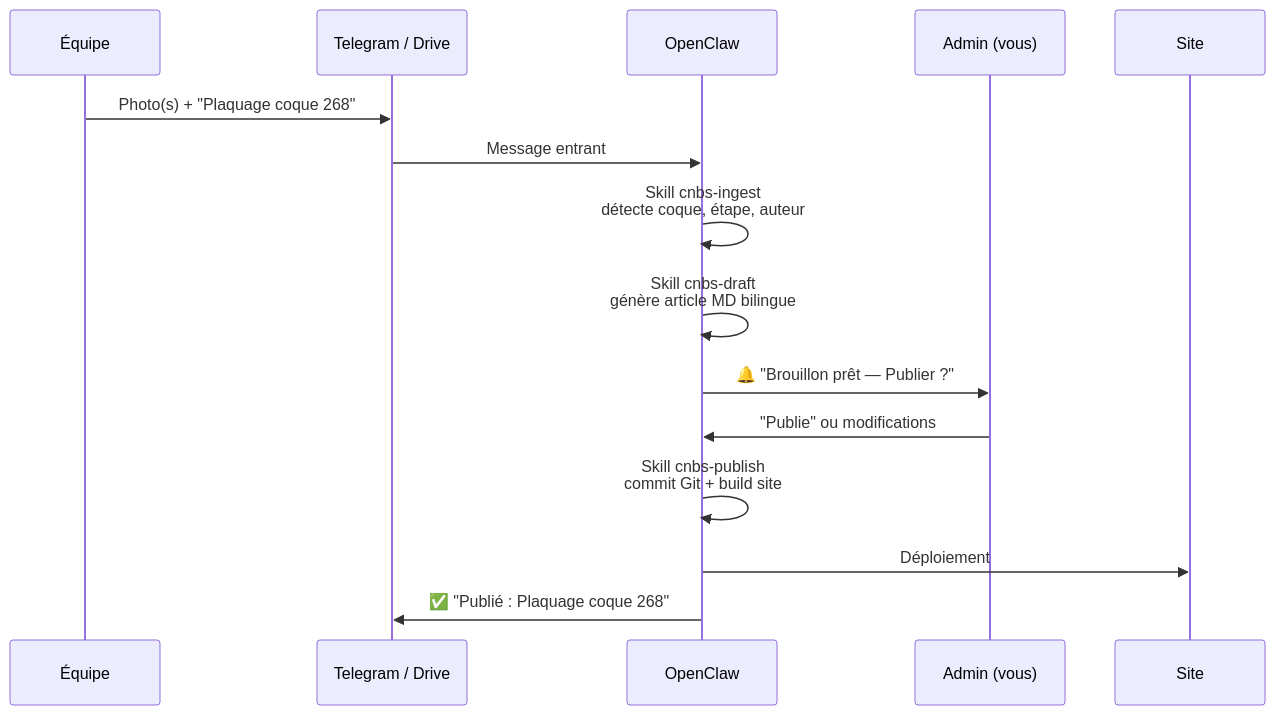
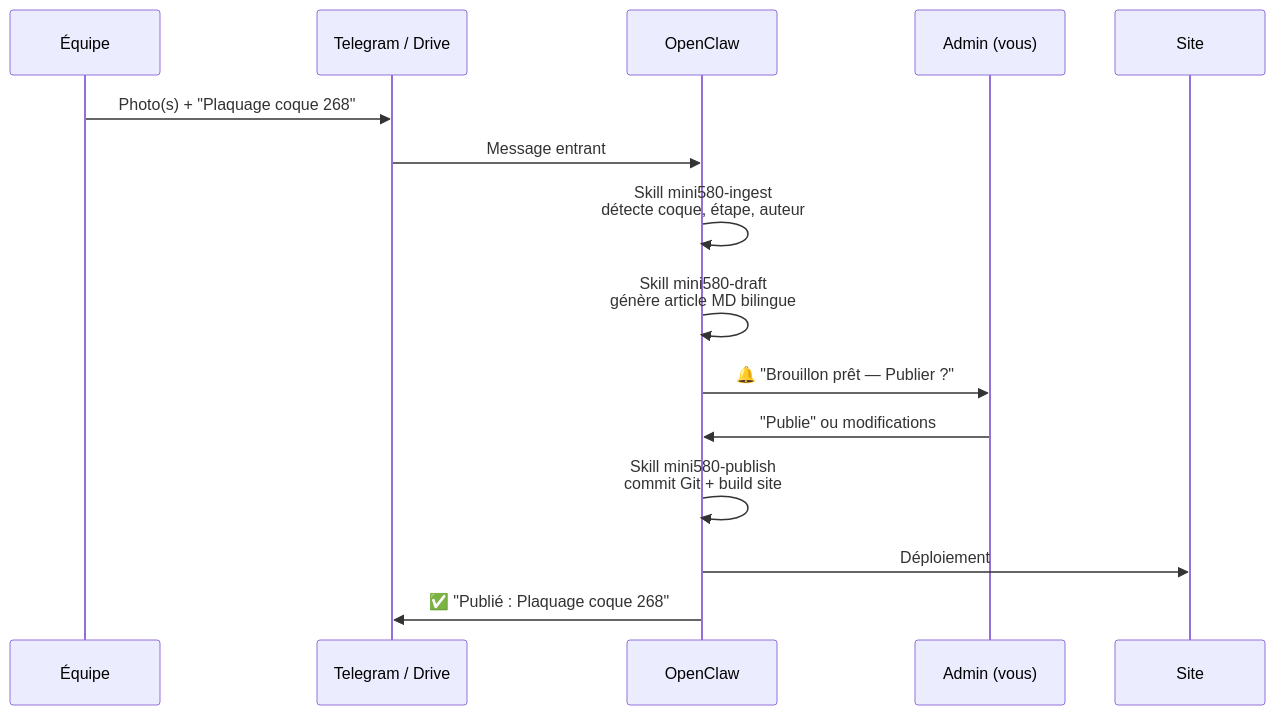
The second of 2 diagrams in docs/05-architecture-openclaw.md (mini580-baie-de-somme/mini-580), drawn with Mermaid before and after one commit. The commit also changed other lines of this file and 34 other files, not shown here.

````diff
--- a/docs/05-architecture-openclaw.md
+++ b/docs/05-architecture-openclaw.md
@@ -166,18 +166,18 @@
 ```mermaid
 sequenceDiagram
     participant E as Équipe
     participant TG as Telegram / Drive
     participant OC as OpenClaw
     participant A as Admin (vous)
     participant S as Site
 
     E->>TG: Photo(s) + "Plaquage coque 268"
     TG->>OC: Message entrant
-    OC->>OC: Skill cnbs-ingest<br/>détecte coque, étape, auteur
-    OC->>OC: Skill cnbs-draft<br/>génère article MD bilingue
+    OC->>OC: Skill mini580-ingest<br/>détecte coque, étape, auteur
+    OC->>OC: Skill mini580-draft<br/>génère article MD bilingue
     OC->>A: 🔔 "Brouillon prêt — Publier ?"
     A->>OC: "Publie" ou modifications
-    OC->>OC: Skill cnbs-publish<br/>commit Git + build site
+    OC->>OC: Skill mini580-publish<br/>commit Git + build site
     OC->>S: Déploiement
     OC->>TG: ✅ "Publié : Plaquage coque 268"
 ```
````
